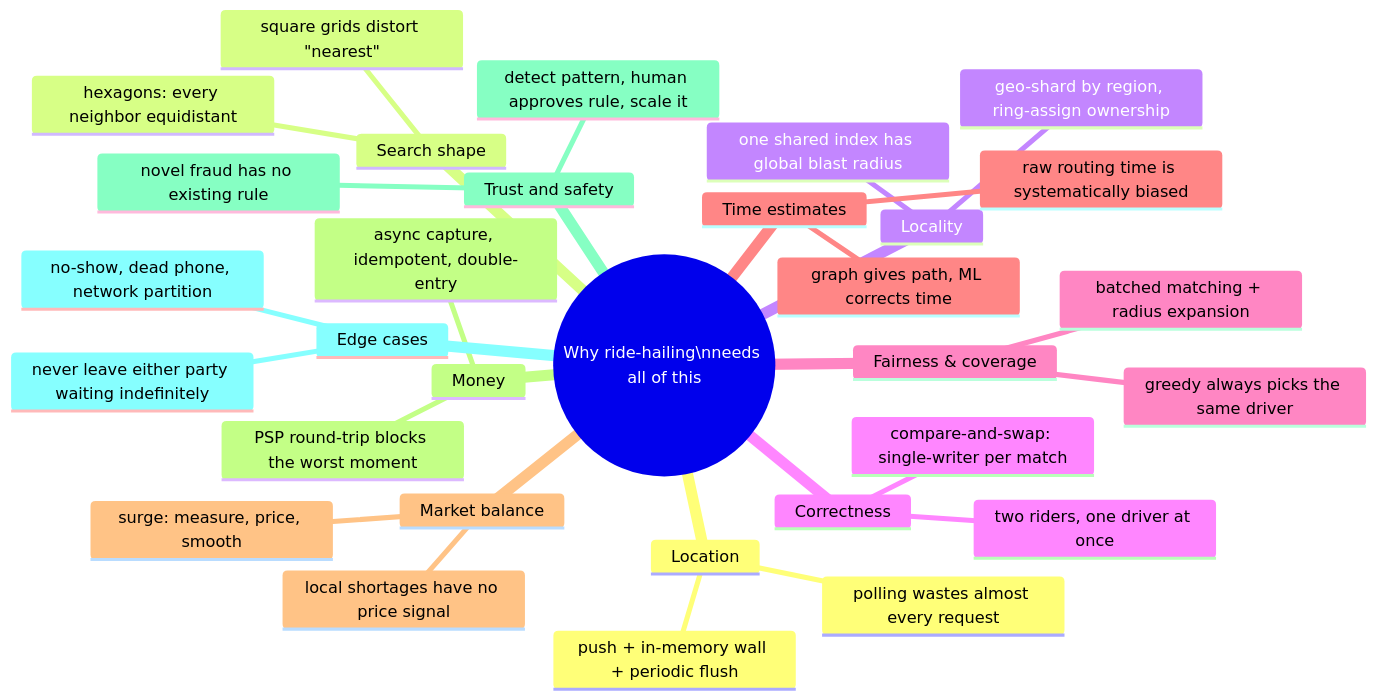
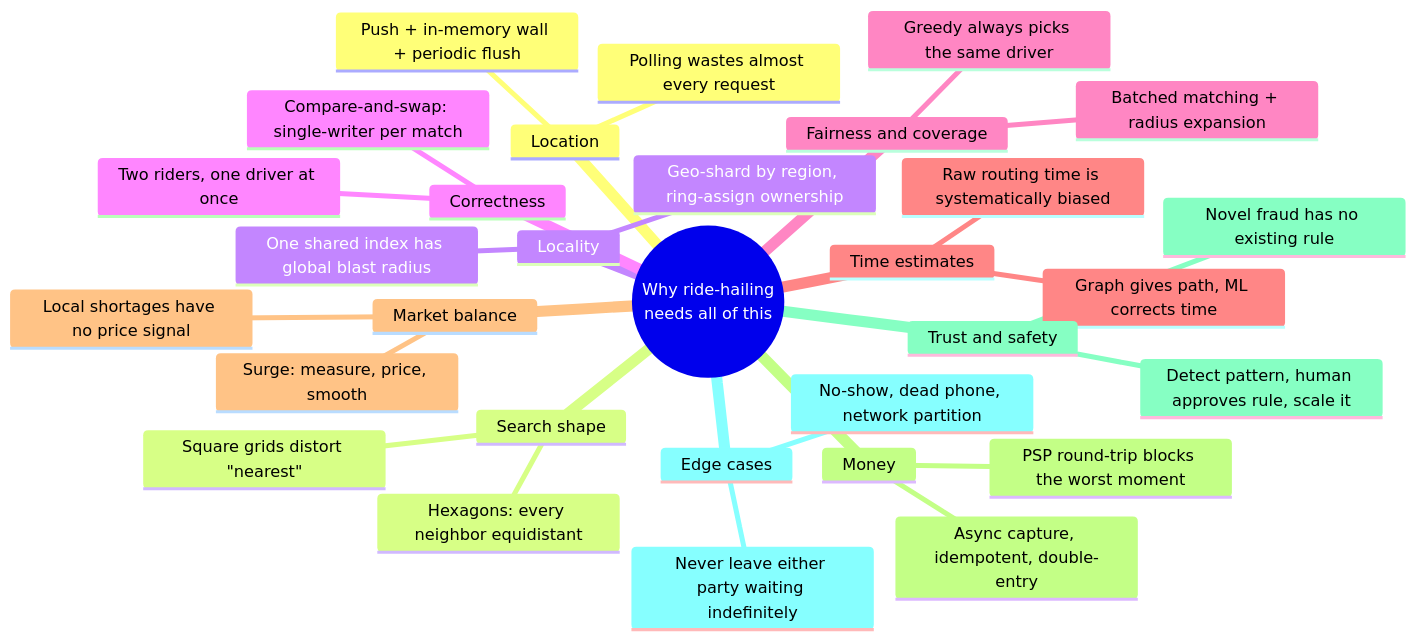
Before and after one commit to riyaz-pasha/Learnings: diagram 16 of 16 in system-design/HLD/0-course/30-Design Uber-FAANG-Guide-story.md, drawn with Mermaid. The commit also changed other lines of this file and 1 other file, not shown here.

First line of the commit message:
[REWRITE] Design Uber guides: simplify prose, add structure, fix dark-theme diagrams

````diff
--- a/system-design/HLD/0-course/30-Design Uber-FAANG-Guide-story.md
+++ b/system-design/HLD/0-course/30-Design Uber-FAANG-Guide-story.md
@@ -408,34 +894,34 @@
 ```mermaid
 mindmap
-  root((Why ride-hailing\nneeds all of this))
+  root((Why ride-hailing<br/>needs all of this))
     Location
-      polling wastes almost every request
-      push + in-memory wall + periodic flush
+      Polling wastes almost every request
+      Push + in-memory wall + periodic flush
     Search shape
-      square grids distort "nearest"
-      hexagons: every neighbor equidistant
+      Square grids distort "nearest"
+      Hexagons: every neighbor equidistant
     Locality
-      one shared index has global blast radius
-      geo-shard by region, ring-assign ownership
+      One shared index has global blast radius
+      Geo-shard by region, ring-assign ownership
     Correctness
-      two riders, one driver at once
-      compare-and-swap: single-writer per match
-    Fairness & coverage
-      greedy always picks the same driver
-      batched matching + radius expansion
+      Two riders, one driver at once
+      Compare-and-swap: single-writer per match
+    Fairness and coverage
+      Greedy always picks the same driver
+      Batched matching + radius expansion
     Time estimates
-      raw routing time is systematically biased
-      graph gives path, ML corrects time
+      Raw routing time is systematically biased
+      Graph gives path, ML corrects time
     Market balance
-      local shortages have no price signal
-      surge: measure, price, smooth
+      Local shortages have no price signal
+      Surge: measure, price, smooth
     Money
       PSP round-trip blocks the worst moment
-      async capture, idempotent, double-entry
+      Async capture, idempotent, double-entry
     Trust and safety
-      novel fraud has no existing rule
-      detect pattern, human approves rule, scale it
+      Novel fraud has no existing rule
+      Detect pattern, human approves rule, scale it
     Edge cases
-      no-show, dead phone, network partition
-      never leave either party waiting indefinitely
+      No-show, dead phone, network partition
+      Never leave either party waiting indefinitely
 ```
````
